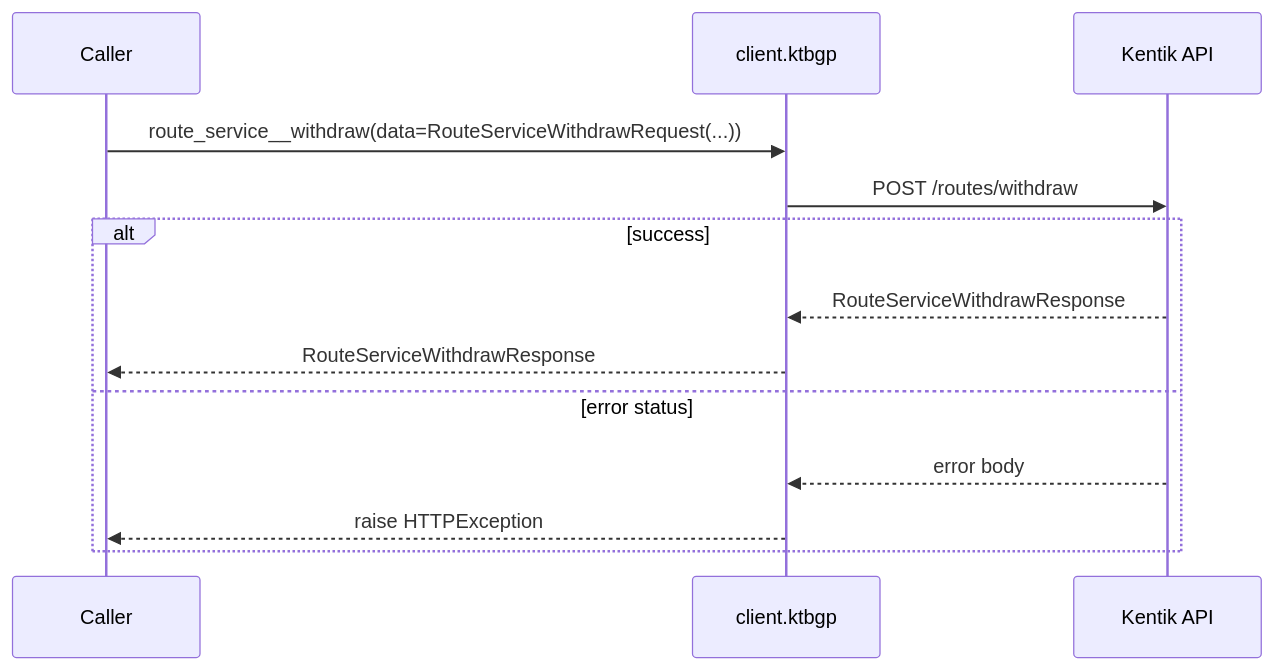
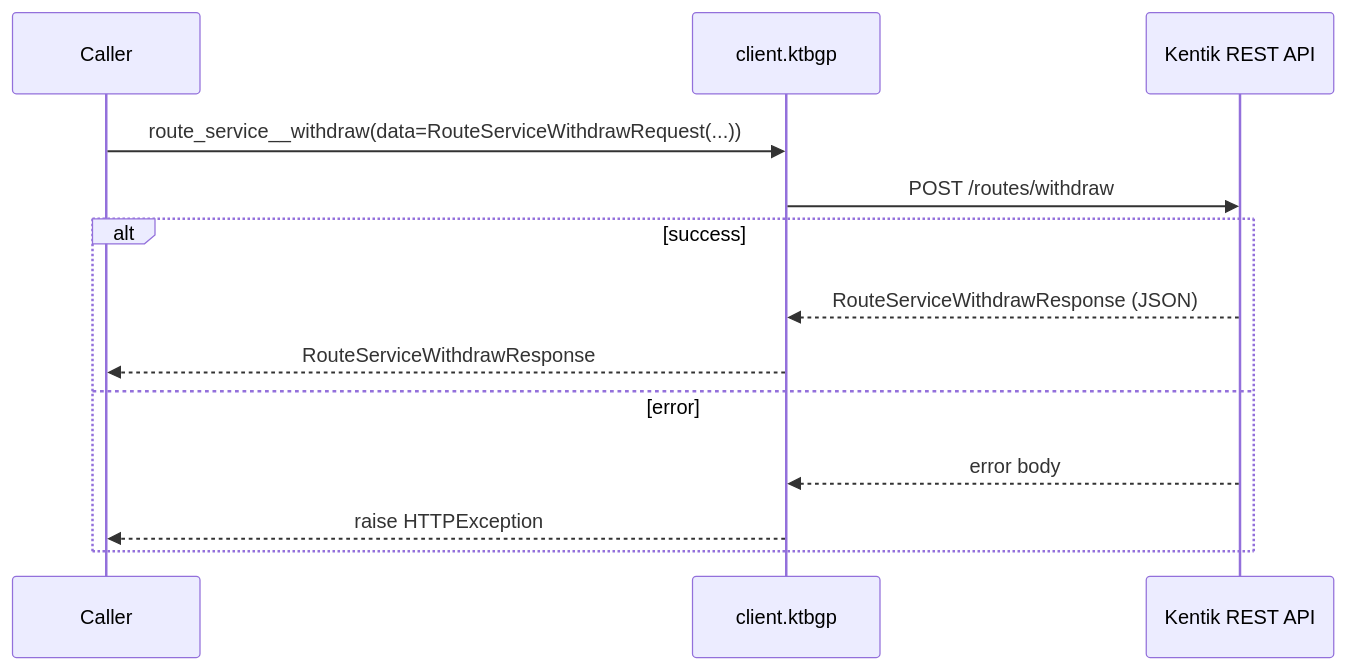
The sixth of 8 diagrams in docs/sphinx/services/ktbgp.md (alexdearaujo/community_sdk_python), drawn with Mermaid before and after one commit. The commit also changed other lines of this file and 61 other files, not shown here.

````diff
--- a/docs/sphinx/services/ktbgp.md
+++ b/docs/sphinx/services/ktbgp.md
@@ -127,16 +179,16 @@
 ```mermaid
 sequenceDiagram
     participant C as Caller
     participant W as client.ktbgp
-    participant API as Kentik API
+    participant API as Kentik REST API
 
     C->>W: route_service__withdraw(data=RouteServiceWithdrawRequest(...))
     W->>API: POST /routes/withdraw
     alt success
-        API-->>W: RouteServiceWithdrawResponse
+        API-->>W: RouteServiceWithdrawResponse (JSON)
         W-->>C: RouteServiceWithdrawResponse
-    else error status
+    else error
         API-->>W: error body
         W-->>C: raise HTTPException
     end
 ```
````
